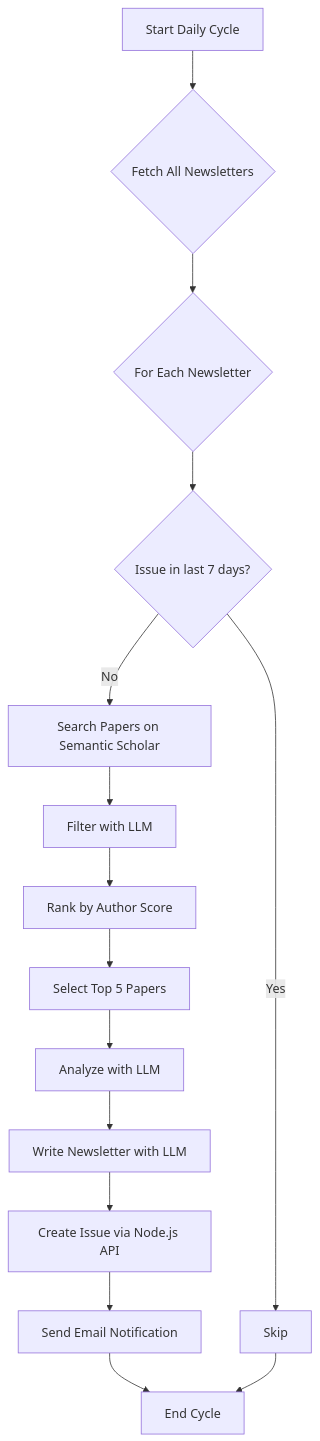
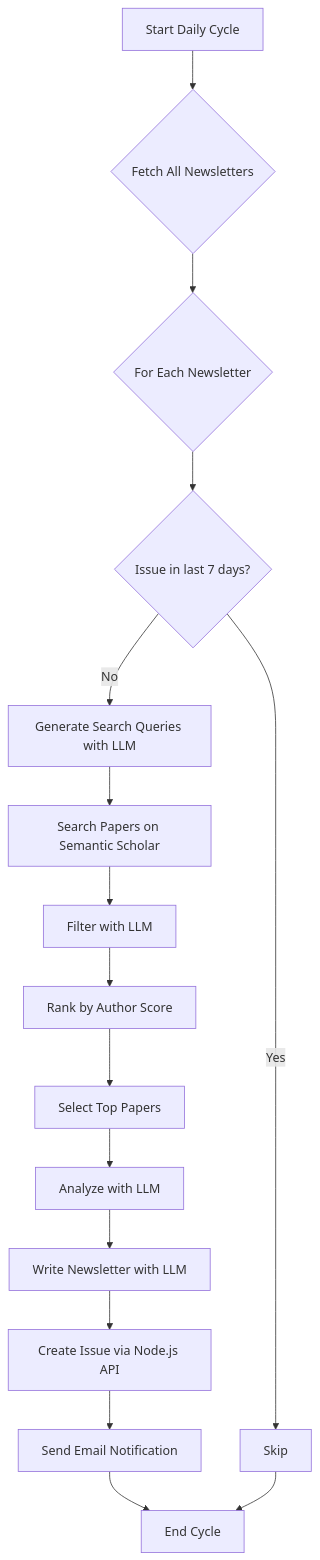
The diagram in docs/backend-python.md (AbdoulayeDiop/my-research-digest), drawn with Mermaid before and after one commit. The commit also changed other lines of this file and 9 other files, not shown here.

First line of the commit message:
feat(backend): Enhance search and refactor newsletter creation

````diff
--- a/docs/backend-python.md
+++ b/docs/backend-python.md
@@ -24,17 +25,18 @@
 ```mermaid
 graph TD
     A[Start Daily Cycle] --> B{Fetch All Newsletters};
     B --> C{For Each Newsletter};
     C --> D{Issue in last 7 days?};
     D -- Yes --> E[Skip];
-    D -- No --> F[Search Papers on Semantic Scholar];
-    F --> G[Filter with LLM];
-    G --> H[Rank by Author Score];
-    H --> I[Select Top 5 Papers];
-    I --> J[Analyze with LLM];
-    J --> K[Write Newsletter with LLM];
-    K --> L[Create Issue via Node.js API];
-    L --> M[Send Email Notification];
-    M --> N[End Cycle];
-    E --> N;
+    D -- No --> F[Generate Search Queries with LLM];
+    F --> G[Search Papers on Semantic Scholar];
+    G --> H[Filter with LLM];
+    H --> I[Rank by Author Score];
+    I --> J[Select Top Papers];
+    J --> K[Analyze with LLM];
+    K --> L[Write Newsletter with LLM];
+    L --> M[Create Issue via Node.js API];
+    M --> N[Send Email Notification];
+    N --> O[End Cycle];
+    E --> O;
 ```
````
